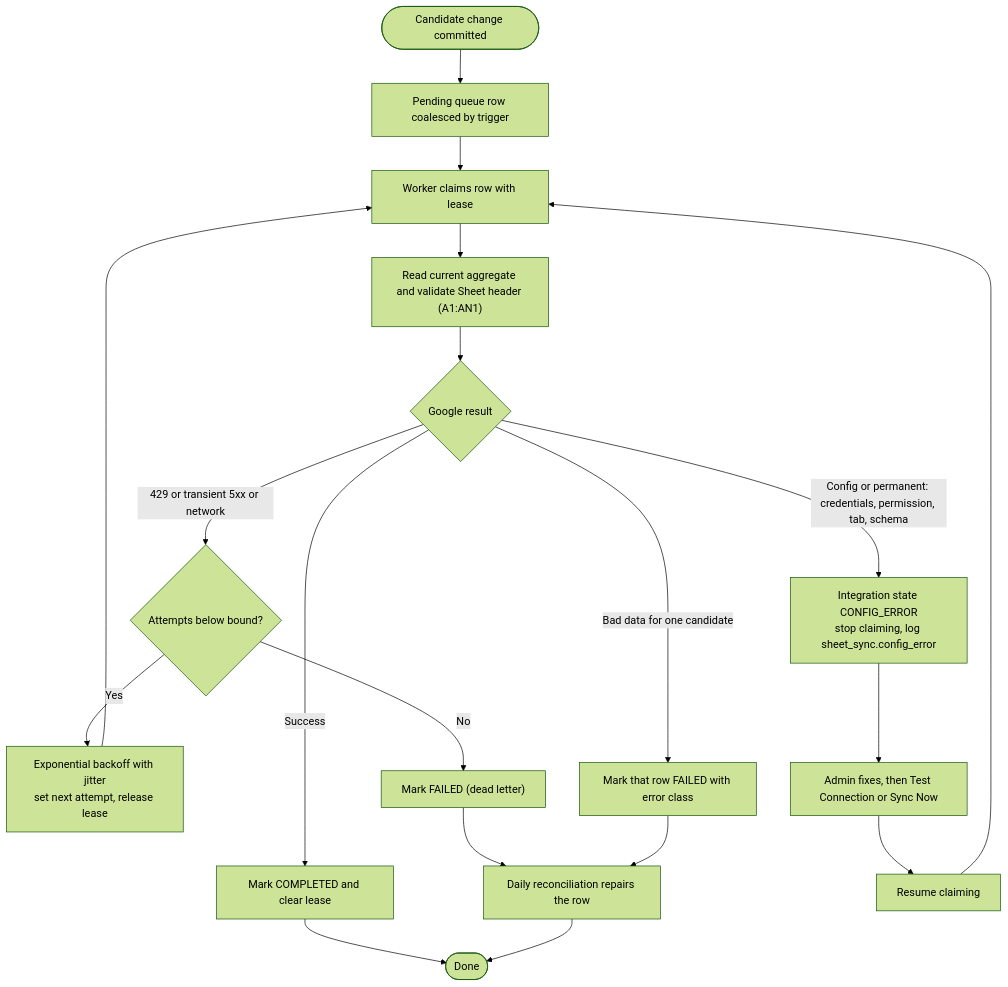
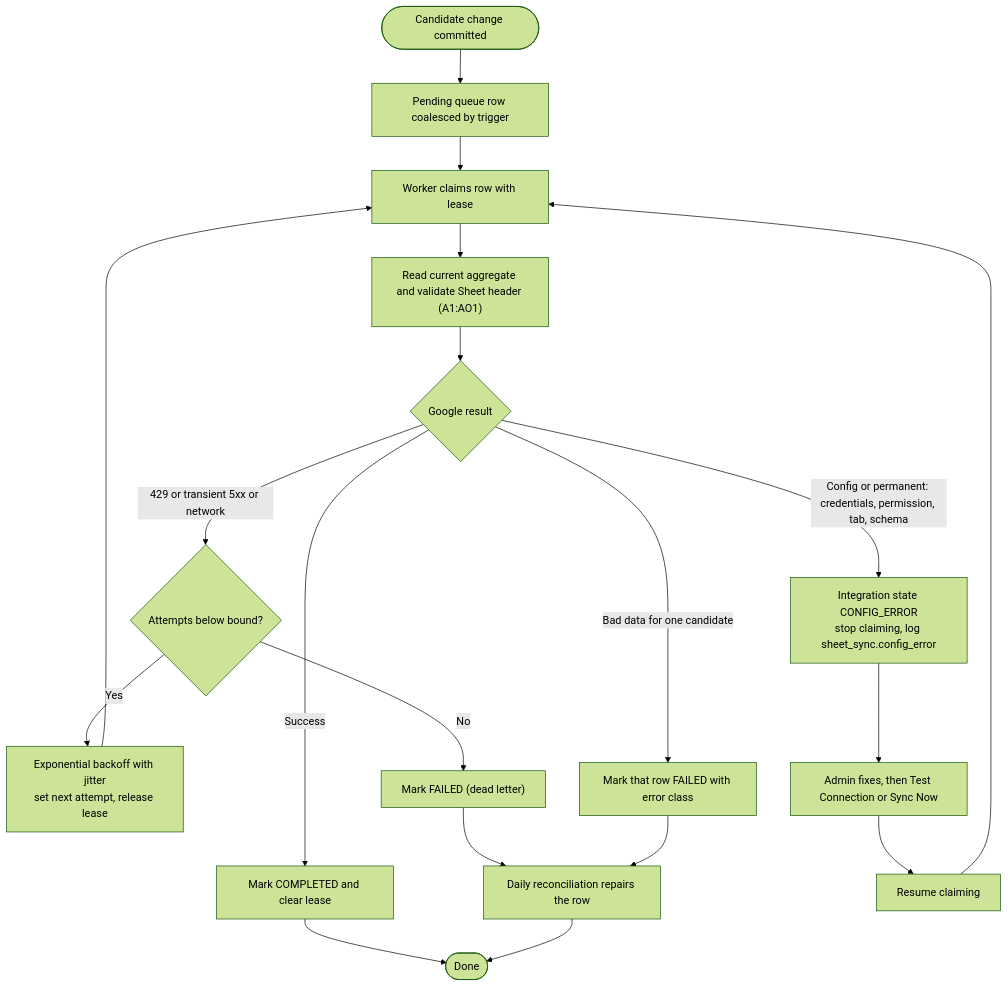
Before and after one commit to emlynk-pixel/EmlynkWABot: the fourth of 11 diagrams in Docs/GOOGLE_SHEET_CANDIDATE_SYNC_ARCHITECTURE.md, drawn with Mermaid (forest theme). The commit also changed other lines of this file and 33 other files, not shown here.

Commit message:
feat(admin): update candidate progress and registration flow

````diff
--- a/Docs/GOOGLE_SHEET_CANDIDATE_SYNC_ARCHITECTURE.md
+++ b/Docs/GOOGLE_SHEET_CANDIDATE_SYNC_ARCHITECTURE.md
@@ -581,25 +588,25 @@
 ```mermaid
 flowchart TD
     A([Candidate change committed]) --> B["Pending queue row coalesced by trigger"]
     B --> C["Worker claims row with lease"]
-    C --> D["Read current aggregate and validate Sheet header (A1:AN1)"]
+    C --> D["Read current aggregate and validate Sheet header (A1:AO1)"]
     D --> E{"Google result"}
 
     E -->|"Success"| F["Mark COMPLETED and clear lease"]
     F --> Z([Done])
 
     E -->|"429 or transient 5xx or network"| G{"Attempts below bound?"}
     G -->|"Yes"| H["Exponential backoff with jitter<br/>set next attempt, release lease"]
     H --> C
     G -->|"No"| I["Mark FAILED (dead letter)"]
     I --> J["Daily reconciliation repairs the row"]
     J --> Z
 
     E -->|"Config or permanent: credentials, permission, tab, schema"| K["Integration state CONFIG_ERROR<br/>stop claiming, log sheet_sync.config_error"]
     K --> L["Admin fixes, then Test Connection or Sync Now"]
     L --> M["Resume claiming"]
     M --> C
 
     E -->|"Bad data for one candidate"| N["Mark that row FAILED with error class"]
     N --> J
 ```
````
